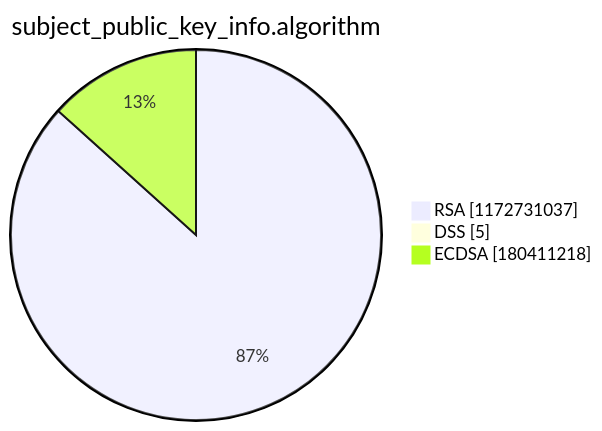
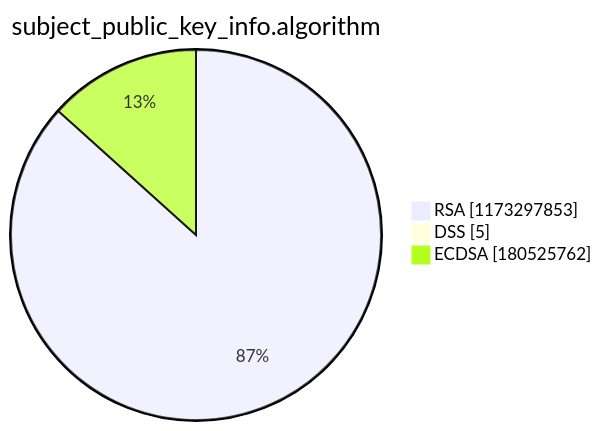
Before and after one commit to christiankrug/ctmonitor_visualization: the third of 15 diagrams in argon2022/README.md, drawn with Mermaid. The commit also changed other lines of this file, not shown here.

````diff
--- a/argon2022/README.md
+++ b/argon2022/README.md
@@ -14,7 +14,7 @@
 ```mermaid
 pie showData
 title subject_public_key_info.algorithm
-"RSA" :1172731037
+"RSA" :1173297853
 "DSS" :5
-"ECDSA" :180411218
+"ECDSA" :180525762
 ```
````
